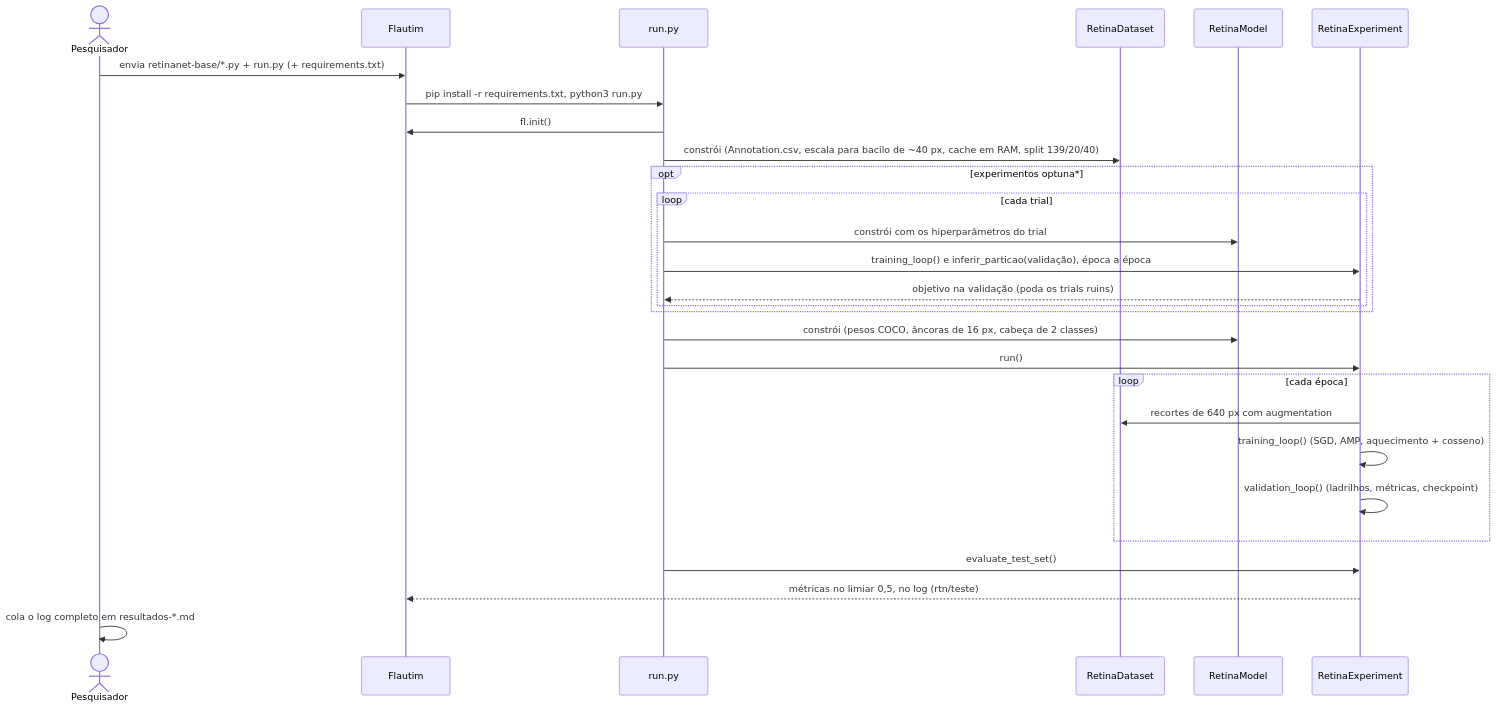
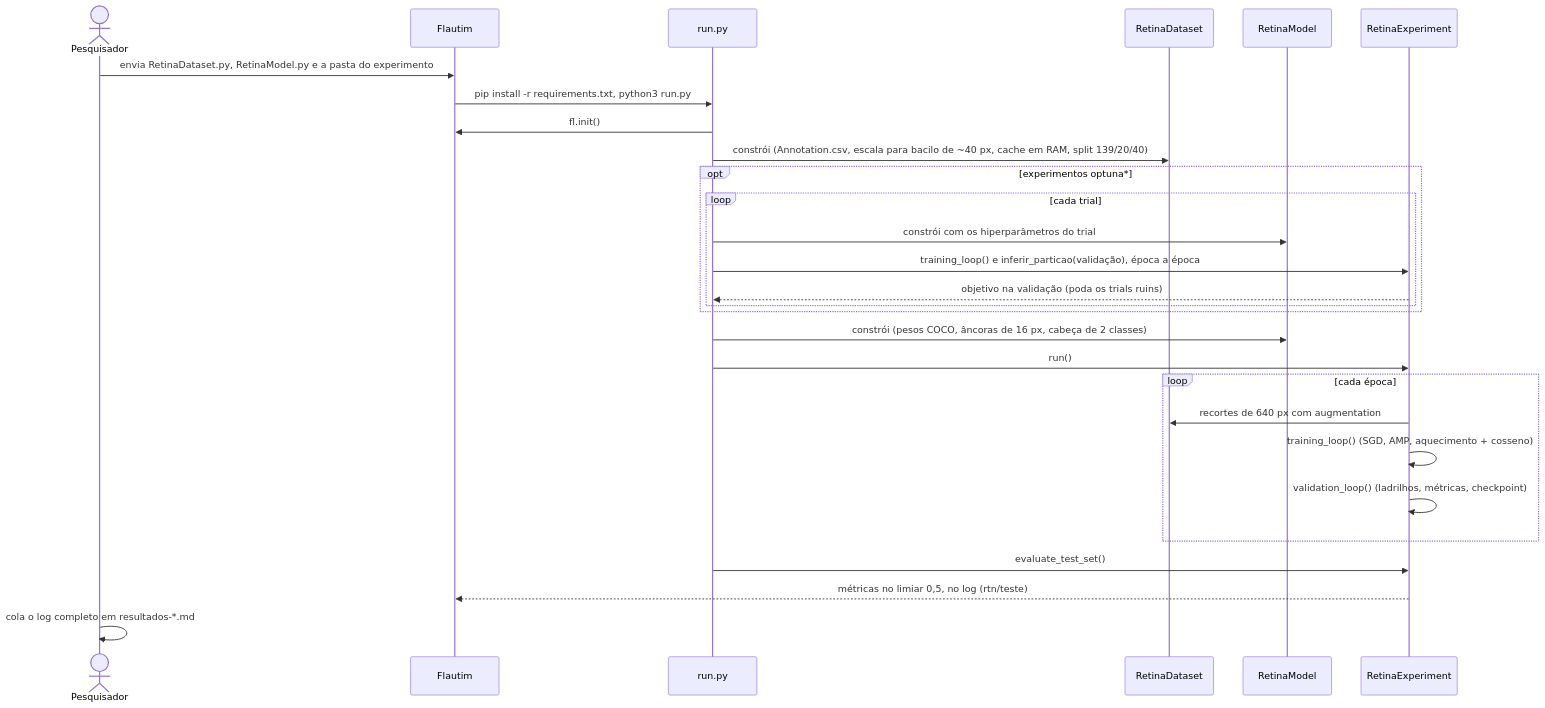
One commit to bernardozschaber/retinanet changed the second of 3 diagrams in README.md. Above: the diagram before and after it, drawn with Mermaid. The commit also changed other lines of this file and 1 other file, not shown here.

Commit message:
docs(retinanet): rename thesis results file and document the new layout

````diff
--- a/README.md
+++ b/README.md
@@ -171,31 +175,31 @@
 ```mermaid
 sequenceDiagram
     actor Pesquisador
     participant Flautim
     participant Run as run.py
     participant Dataset as RetinaDataset
     participant Modelo as RetinaModel
     participant Exp as RetinaExperiment
 
-    Pesquisador->>Flautim: envia retinanet-base/*.py + run.py (+ requirements.txt)
+    Pesquisador->>Flautim: envia RetinaDataset.py, RetinaModel.py e a pasta do experimento
     Flautim->>Run: pip install -r requirements.txt, python3 run.py
     Run->>Flautim: fl.init()
     Run->>Dataset: constrói (Annotation.csv, escala para bacilo de ~40 px, cache em RAM, split 139/20/40)
     opt experimentos optuna*
         loop cada trial
             Run->>Modelo: constrói com os hiperparâmetros do trial
             Run->>Exp: training_loop() e inferir_particao(validação), época a época
             Exp-->>Run: objetivo na validação (poda os trials ruins)
         end
     end
     Run->>Modelo: constrói (pesos COCO, âncoras de 16 px, cabeça de 2 classes)
     Run->>Exp: run()
     loop cada época
         Exp->>Dataset: recortes de 640 px com augmentation
         Exp->>Exp: training_loop() (SGD, AMP, aquecimento + cosseno)
         Exp->>Exp: validation_loop() (ladrilhos, métricas, checkpoint)
     end
     Run->>Exp: evaluate_test_set()
     Exp-->>Flautim: métricas no limiar 0,5, no log (rtn/teste)
     Pesquisador->>Pesquisador: cola o log completo em resultados-*.md
 ```
````
